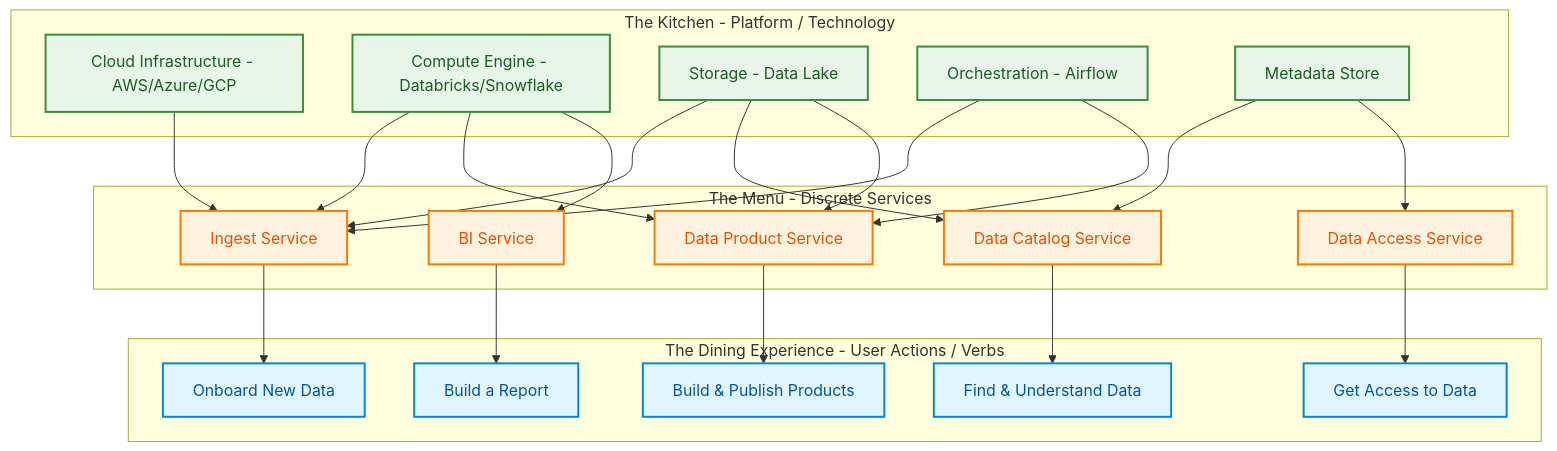
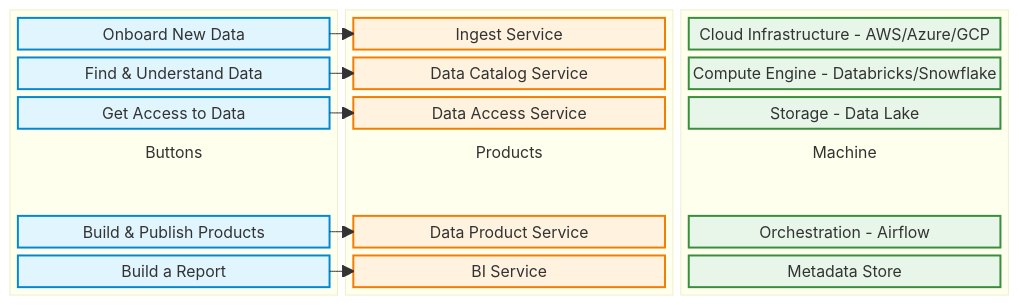
The diagram in purple-phase/src/content/blog/intro-to-soda.md (UstDoesTech/ust-blog), drawn with Mermaid before and after one commit. The commit also changed other lines of this file and 22 other files, not shown here.

````diff
--- a/purple-phase/src/content/blog/intro-to-soda.md
+++ b/purple-phase/src/content/blog/intro-to-soda.md
@@ -69,62 +68,50 @@
 ```mermaid
-graph TD
-    subgraph DE [The Dining Experience - User Actions / Verbs]
-        A[Onboard New Data]
-        B[Find & Understand Data]
-        C[Get Access to Data]
-        D[Build & Publish Products]
-        E[Build a Report]
+block-beta
+    columns 4
+    block:Buttons["Buttons"]:1
+        columns 1
+        A["Onboard New Data"]
+        B["Find & Understand Data"]
+        C["Get Access to Data"]
+        space:2
+        D["Build & Publish Products"]
+        E["Build a Report"]
     end
+    
+    
+    block:Products["Products"]:1
+        columns 1
+        F["Ingest Service"]
+        G["Data Catalog Service"]
+        H["Data Access Service"]
+        space:2
+        I["Data Product Service"]
+        J["BI Service"]
+    end
+    
+    
+    block:Machine["Machine"]:1
+        columns 1
+        K["Cloud Infrastructure - AWS/Azure/GCP"]
+        L["Compute Engine - Databricks/Snowflake"]
+        M["Storage - Data Lake"]
+        space:2
+        N["Orchestration - Airflow"]
+        O["Metadata Store"]
+    end
+    
+    A --> F
+    B --> G
+    C --> H
+    D --> I
+    E --> J
 
-    subgraph Menu [The Menu - Discrete Services]
-        F[Ingest Service]
-        G[Data Catalog Service]
-        H[Data Access Service]
-        I[Data Product Service]
-        J[BI Service]
-    end
-
-    subgraph Kitchen [The Kitchen - Platform / Technology]
-        K[Cloud Infrastructure - AWS/Azure/GCP]
-        L[Compute Engine - Databricks/Snowflake]
-        M[Storage - Data Lake]
-        N[Orchestration - Airflow]
-        O[Metadata Store]
-    end
-
-    F --> A
-    G --> B
-    H --> C
-    I --> D
-    J --> E
-
-    K --> F
-    L --> F
-    L --> I
-    L --> J
-    M --> F
-    M --> G
-    M --> I
-    N --> F
-    N --> I
-    O --> G
-    O --> H
-
-    style A fill:#e1f5fe,stroke:#0288d1,stroke-width:2px,color:#01579b
-    style B fill:#e1f5fe,stroke:#0288d1,stroke-width:2px,color:#01579b
-    style C fill:#e1f5fe,stroke:#0288d1,stroke-width:2px,color:#01579b
-    style D fill:#e1f5fe,stroke:#0288d1,stroke-width:2px,color:#01579b
-    style E fill:#e1f5fe,stroke:#0288d1,stroke-width:2px,color:#01579b
-
-    style F fill:#fff3e0,stroke:#f57c00,stroke-width:2px,color:#e65100
-    style G fill:#fff3e0,stroke:#f57c00,stroke-width:2px,color:#e65100
-    style H fill:#fff3e0,stroke:#f57c00,stroke-width:2px,color:#e65100
-    style I fill:#fff3e0,stroke:#f57c00,stroke-width:2px,color:#e65100
-    style J fill:#fff3e0,stroke:#f57c00,stroke-width:2px,color:#e65100
-
-    style K fill:#e8f5e9,stroke:#388e3c,stroke-width:2px,color:#1b5e20
-    style L fill:#e8f5e9,stroke:#388e3c,stroke-width:2px,color:#1b5e20
-    style M fill:#e8f5e9,stroke:#388e3c,stroke-width:2px,color:#1b5e20
-    style N fill:#e8f5e9,stroke:#388e3c,stroke-width:2px,color:#1b5e20
-    style O fill:#e8f5e9,stroke:#388e3c,stroke-width:2px,color:#1b5e20
+    
+    classDef buttons fill:#e1f5fe,stroke:#0288d1,stroke-width:2px,color:#01579b
+    classDef products fill:#fff3e0,stroke:#f57c00,stroke-width:2px,color:#e65100
+    classDef machine fill:#e8f5e9,stroke:#388e3c,stroke-width:2px,color:#1b5e20
+    
+    class A,B,C,D,E buttons
+    class F,G,H,I,J products
+    class K,L,M,N,O machine
 ```
````
